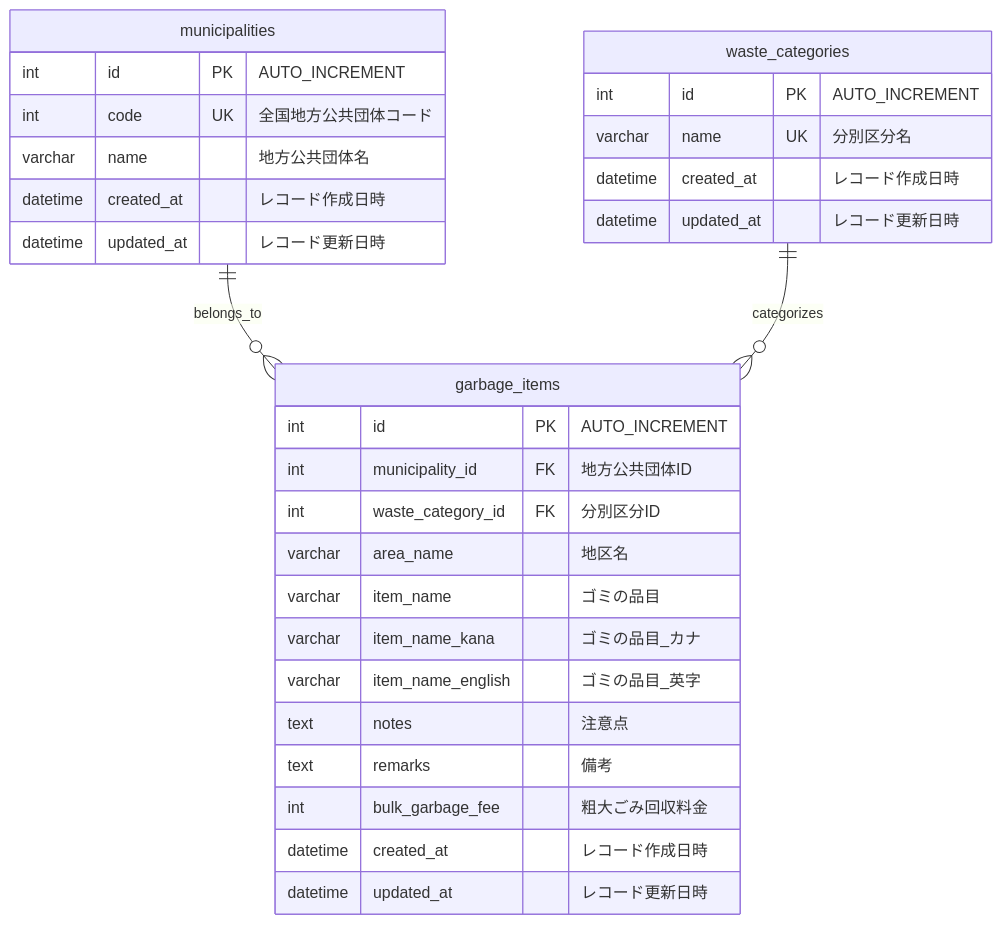
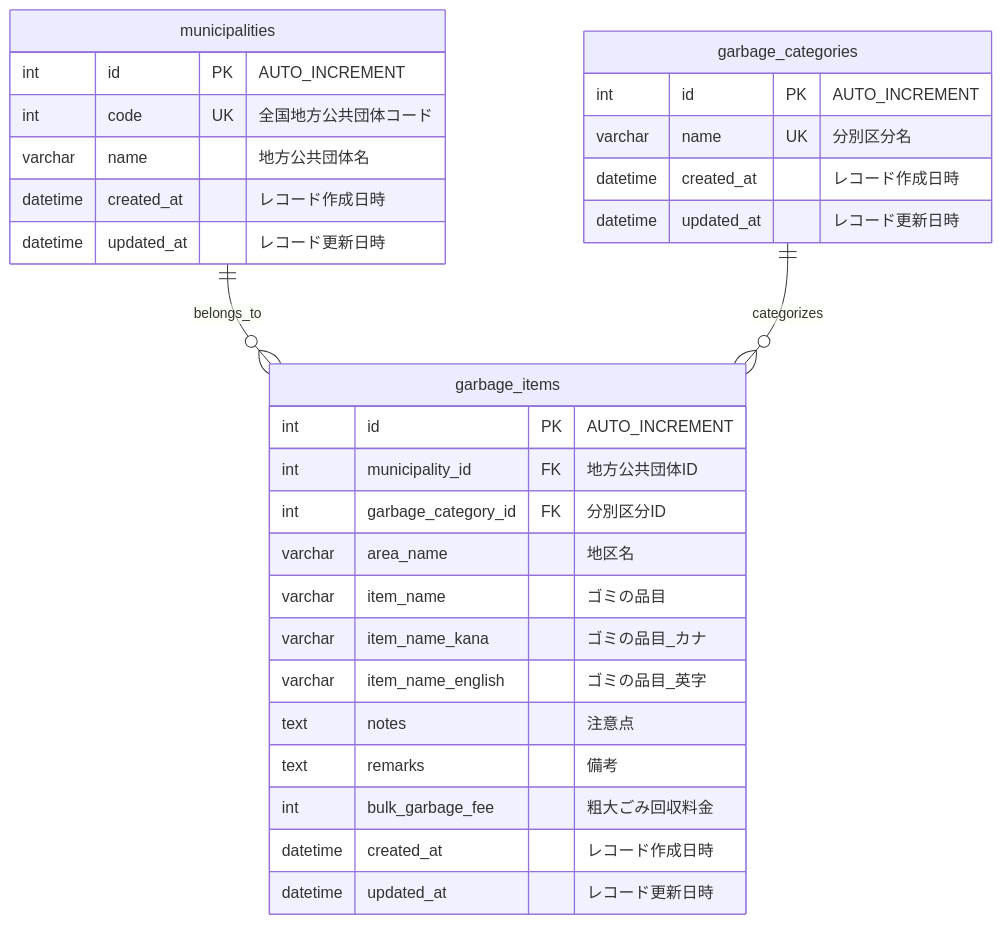
The diagram in docs/mvp/MVPの仕様.md (ISAWASHUN/move-rule), drawn with Mermaid before and after one commit. The commit also changed 8 other files, not shown here.

````diff
--- a/docs/mvp/MVPの仕様.md
+++ b/docs/mvp/MVPの仕様.md
@@ -68,35 +68,35 @@
 ```mermaid
 erDiagram
     municipalities ||--o{ garbage_items : "belongs_to"
-    waste_categories ||--o{ garbage_items : "categorizes"
+    garbage_categories ||--o{ garbage_items : "categorizes"
 
     municipalities {
         int id PK "AUTO_INCREMENT"
         int code UK "全国地方公共団体コード"
         varchar name "地方公共団体名"
         datetime created_at "レコード作成日時"
         datetime updated_at "レコード更新日時"
     }
 
-    waste_categories {
+    garbage_categories {
         int id PK "AUTO_INCREMENT"
         varchar name UK "分別区分名"
         datetime created_at "レコード作成日時"
         datetime updated_at "レコード更新日時"
     }
 
     garbage_items {
         int id PK "AUTO_INCREMENT"
         int municipality_id FK "地方公共団体ID"
-        int waste_category_id FK "分別区分ID"
+        int garbage_category_id FK "分別区分ID"
         varchar area_name "地区名"
         varchar item_name "ゴミの品目"
         varchar item_name_kana "ゴミの品目_カナ"
         varchar item_name_english "ゴミの品目_英字"
         text notes "注意点"
         text remarks "備考"
         int bulk_garbage_fee "粗大ごみ回収料金"
         datetime created_at "レコード作成日時"
         datetime updated_at "レコード更新日時"
     }
 ```
````
